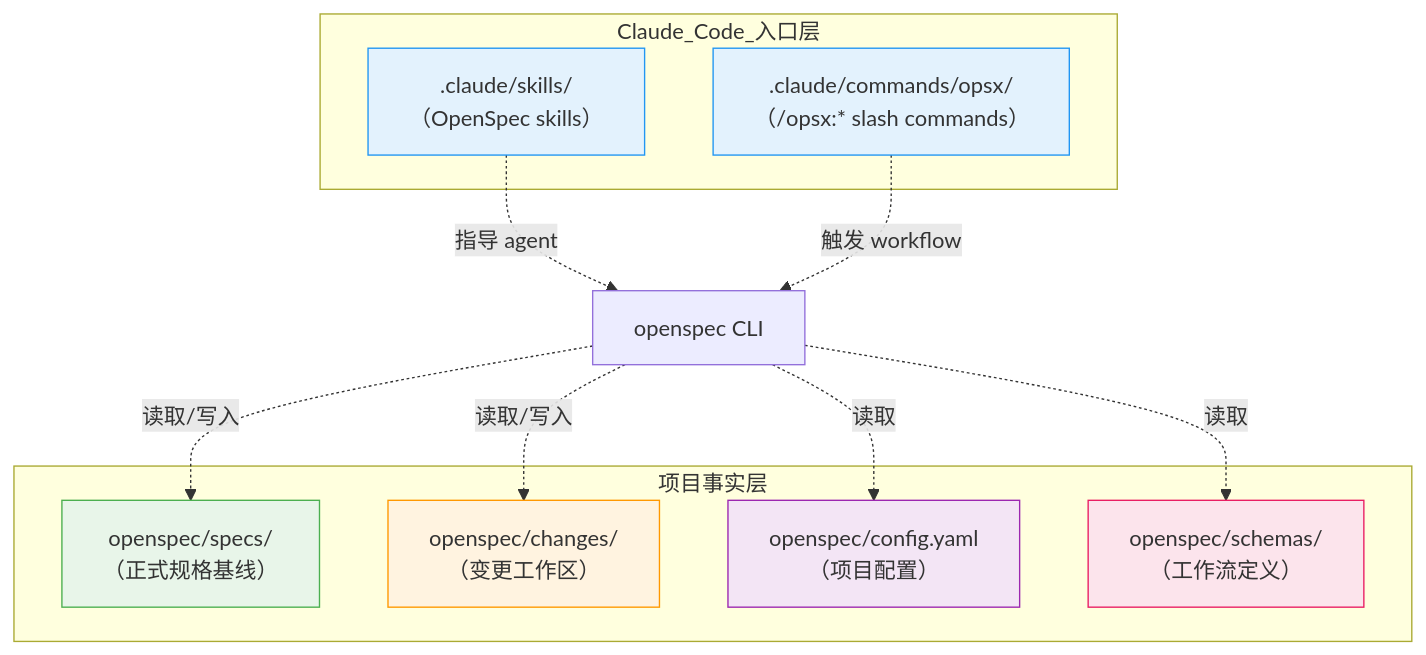
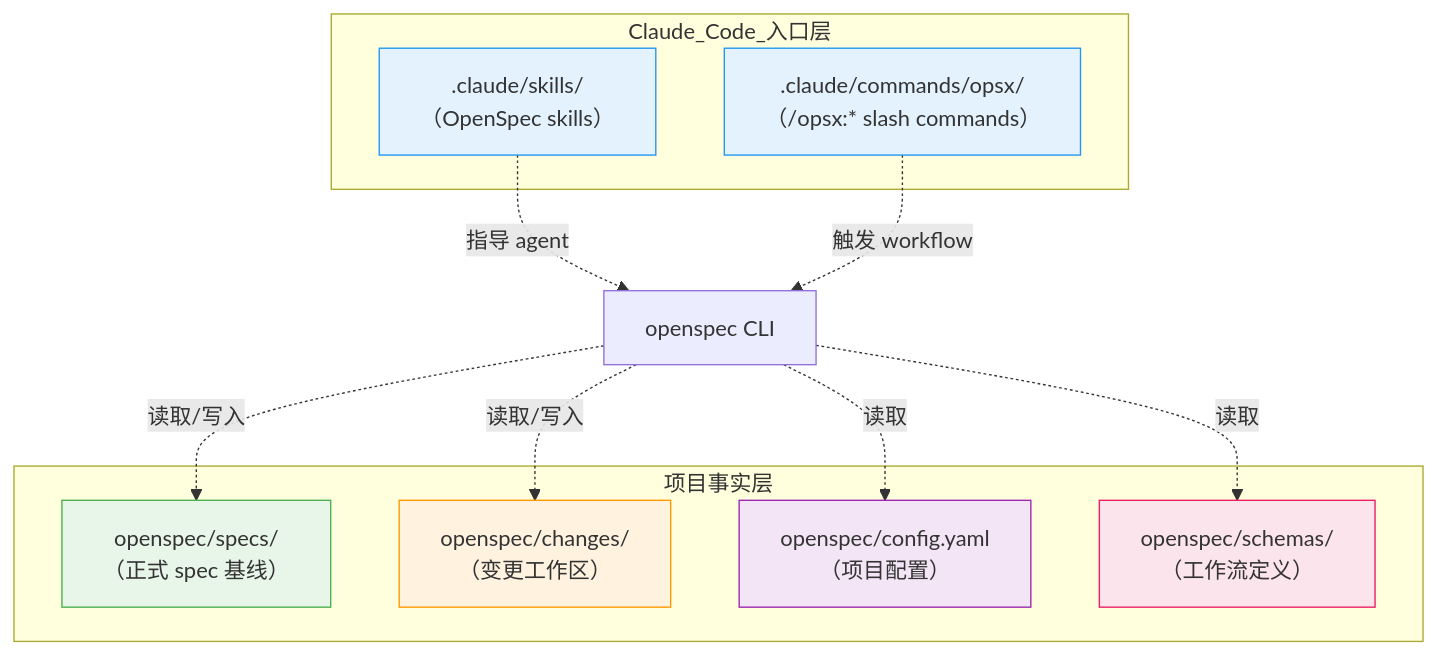
One commit to ethan-jiang-3/OpenSpec changed the first of 2 diagrams in _openspec_handbook/10-实战-claude-code-里的-openspec-到底怎么落地.md. Above: the diagram before and after it, drawn with Mermaid. The commit also changed other lines of this file and 14 other files, not shown here.

````diff
--- a/_openspec_handbook/10-实战-claude-code-里的-openspec-到底怎么落地.md
+++ b/_openspec_handbook/10-实战-claude-code-里的-openspec-到底怎么落地.md
@@ -152,28 +152,28 @@
 ```mermaid
 graph TB
     subgraph Claude_Code_入口层
     A[".claude/skills/<br/>（OpenSpec skills）"]
     B[".claude/commands/opsx/<br/>（/opsx:* slash commands）"]
     end
 
     subgraph 项目事实层
-    C["openspec/specs/<br/>（正式规格基线）"]
+    C["openspec/specs/<br/>（正式 spec 基线）"]
     D["openspec/changes/<br/>（变更工作区）"]
     E["openspec/config.yaml<br/>（项目配置）"]
     F["openspec/schemas/<br/>（工作流定义）"]
     end
 
     A -.指导 agent.-> G[openspec CLI]
     B -.触发 workflow.-> G
     G -.读取/写入.-> C
     G -.读取/写入.-> D
     G -.读取.-> E
     G -.读取.-> F
 
     style A fill:#e3f2fd,stroke:#2196f3
     style B fill:#e3f2fd,stroke:#2196f3
     style C fill:#e8f5e9,stroke:#4caf50
     style D fill:#fff3e0,stroke:#ff9800
     style E fill:#f3e5f5,stroke:#9c27b0
     style F fill:#fce4ec,stroke:#e91e63
 ```
````
